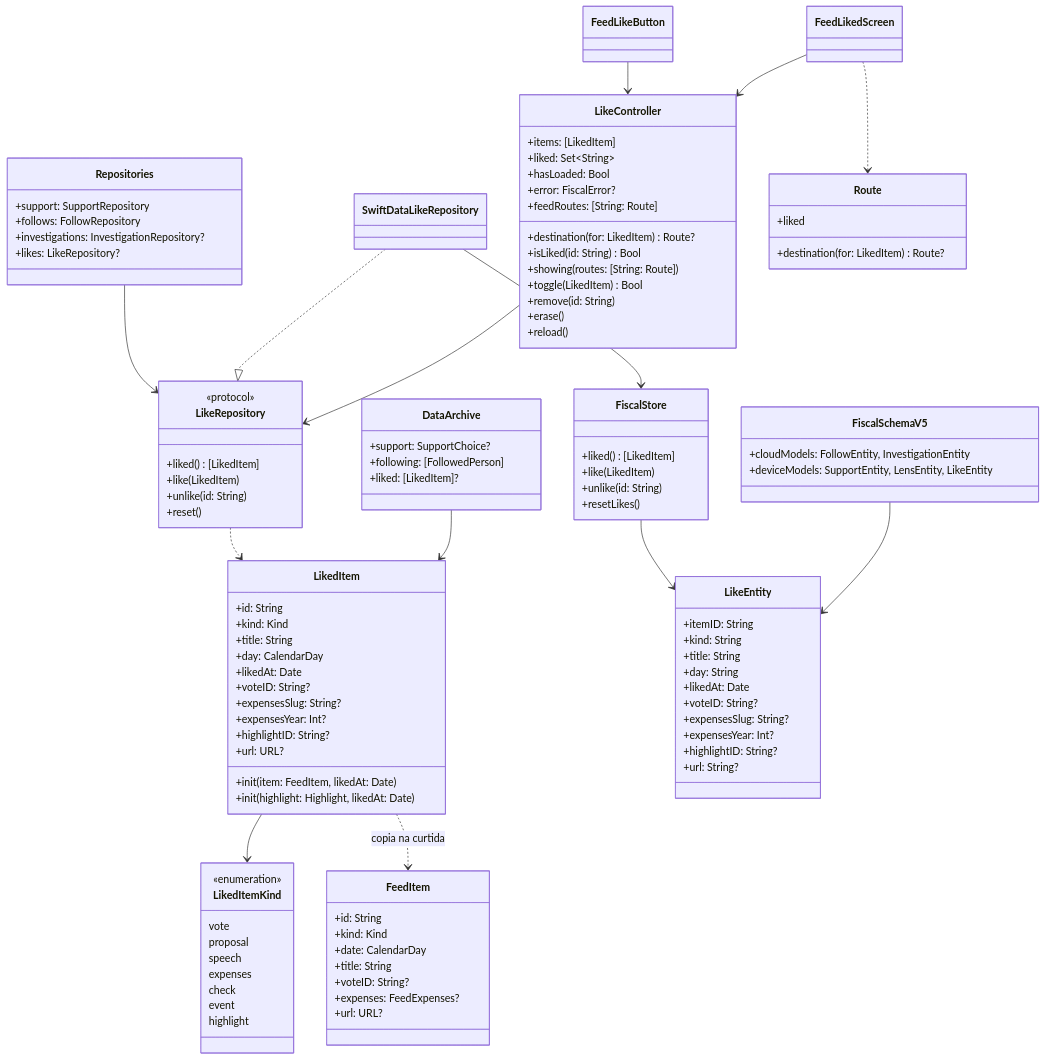
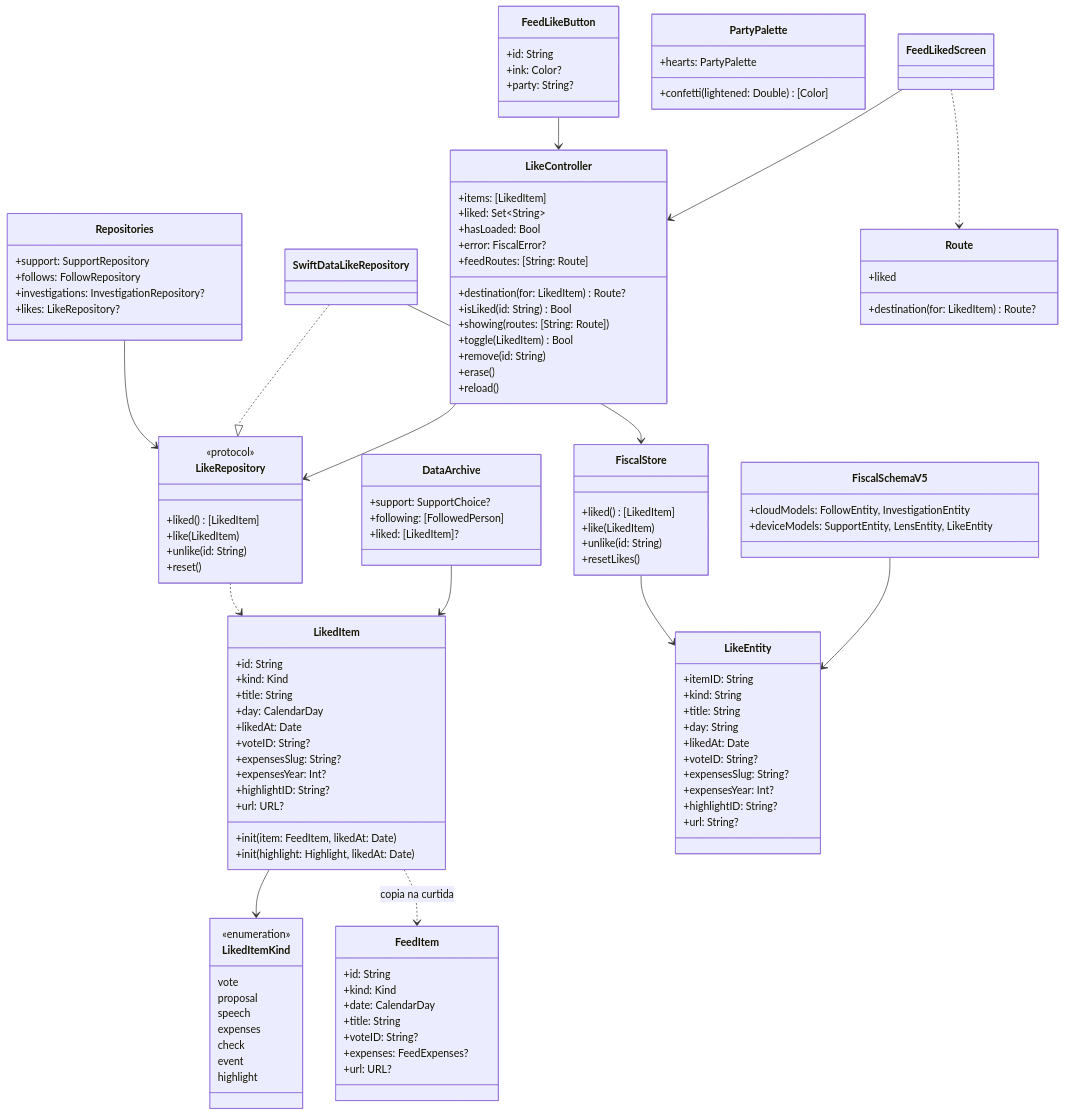
One commit to byescaleira/fiscal changed the diagram in spdd/prompt/FSC-024-202611061418-[Feat]-feed-like-with-ripple.md. Above: the diagram before and after it, drawn with Mermaid. The commit also changed other lines of this file and 16 other files, not shown here.

First line of the commit message:
Burst the heart into party-colored confetti and keep the Feed in place

```diff
--- a/spdd/prompt/FSC-024-202611061418-[Feat]-feed-like-with-ripple.md
+++ b/spdd/prompt/FSC-024-202611061418-[Feat]-feed-like-with-ripple.md
@@ -162,7 +162,15 @@
         +liked
         +destination(for: LikedItem) Route?
     }
-    class FeedLikeButton
+    class FeedLikeButton {
+        +id: String
+        +ink: Color?
+        +party: String?
+    }
+    class PartyPalette {
+        +hearts: PartyPalette
+        +confetti(lightened: Double) [Color]
+    }
     class FeedLikedScreen
     LikedItem --> LikedItemKind
     LikedItem ..> FeedItem : copia na curtida
```
